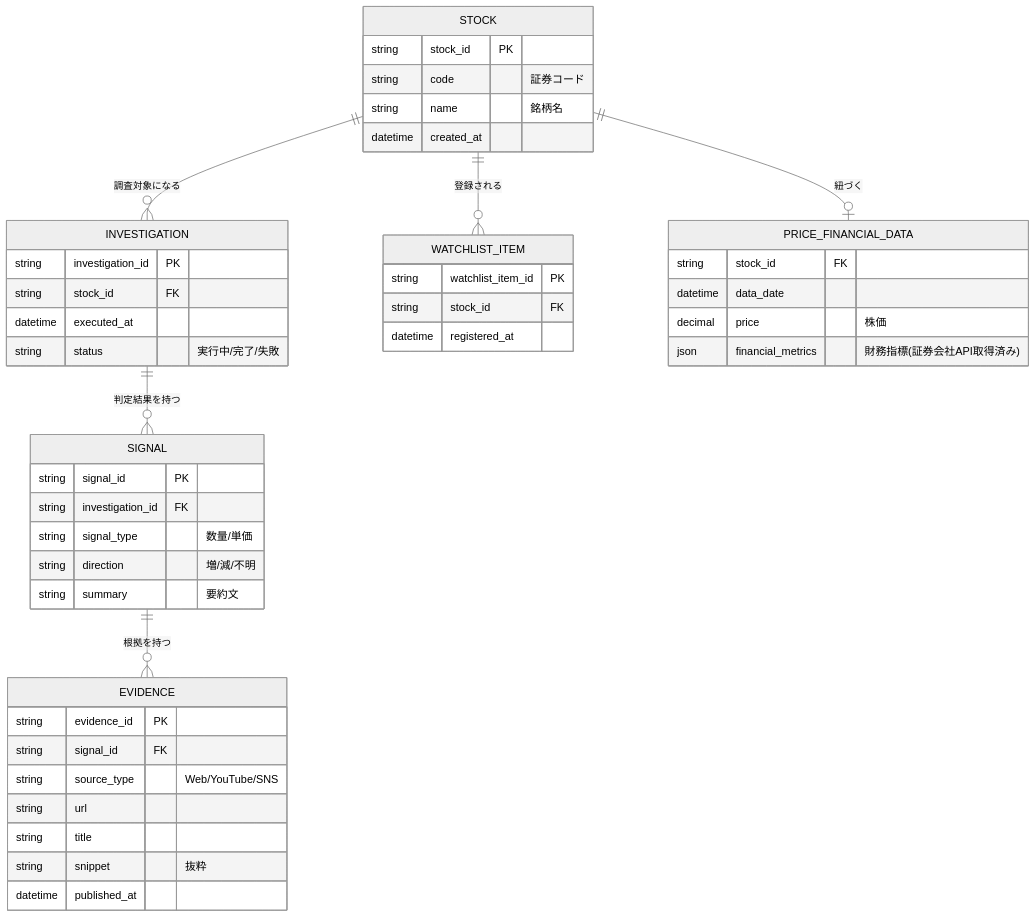
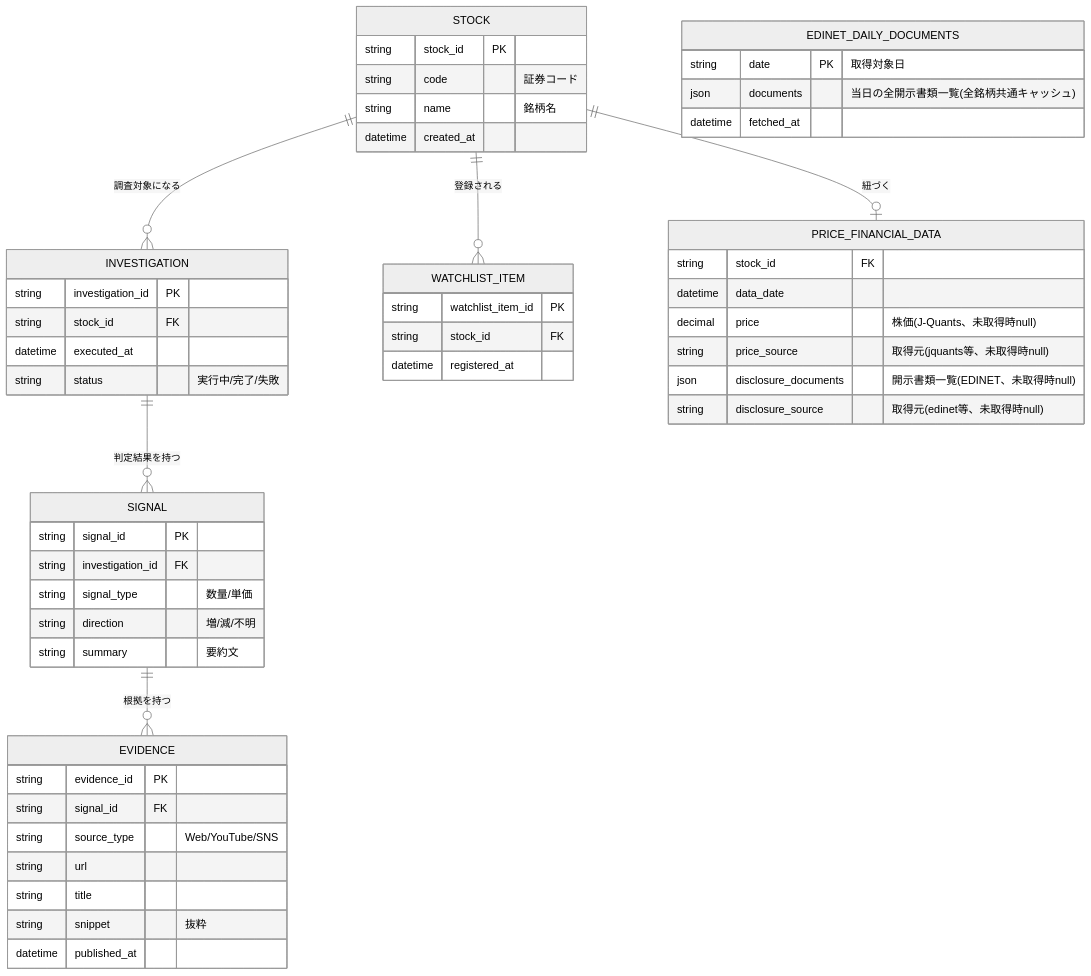
The second of 4 diagrams in docs/functional-design.md (git-san-934/stock-signal-watch), drawn with Mermaid (neutral theme) before and after one commit. The commit also changed other lines of this file and 2 other files, not shown here.

First line of the commit message:
Update design docs for J-Quants/EDINET market data source

````diff
--- a/docs/functional-design.md
+++ b/docs/functional-design.md
@@ -77,53 +81,61 @@
 ```mermaid
 erDiagram
     STOCK ||--o{ INVESTIGATION : "調査対象になる"
     INVESTIGATION ||--o{ SIGNAL : "判定結果を持つ"
     SIGNAL ||--o{ EVIDENCE : "根拠を持つ"
     STOCK ||--o{ WATCHLIST_ITEM : "登録される"
     STOCK ||--o| PRICE_FINANCIAL_DATA : "紐づく"
 
     STOCK {
         string stock_id PK
         string code "証券コード"
         string name "銘柄名"
         datetime created_at
     }
 
     WATCHLIST_ITEM {
         string watchlist_item_id PK
         string stock_id FK
         datetime registered_at
     }
 
     INVESTIGATION {
         string investigation_id PK
         string stock_id FK
         datetime executed_at
         string status "実行中/完了/失敗"
     }
 
     SIGNAL {
         string signal_id PK
         string investigation_id FK
         string signal_type "数量/単価"
         string direction "増/減/不明"
         string summary "要約文"
     }
 
     EVIDENCE {
         string evidence_id PK
         string signal_id FK
         string source_type "Web/YouTube/SNS"
         string url
         string title
         string snippet "抜粋"
         datetime published_at
     }
 
     PRICE_FINANCIAL_DATA {
         string stock_id FK
         datetime data_date
-        decimal price "株価"
-        json financial_metrics "財務指標(証券会社API取得済み)"
+        decimal price "株価(J-Quants、未取得時null)"
+        string price_source "取得元(jquants等、未取得時null)"
+        json disclosure_documents "開示書類一覧(EDINET、未取得時null)"
+        string disclosure_source "取得元(edinet等、未取得時null)"
+    }
+
+    EDINET_DAILY_DOCUMENTS {
+        string date PK "取得対象日"
+        json documents "当日の全開示書類一覧(全銘柄共通キャッシュ)"
+        datetime fetched_at
     }
 ```
````
